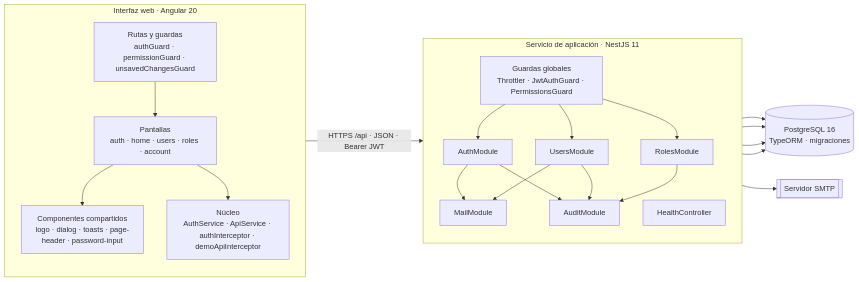
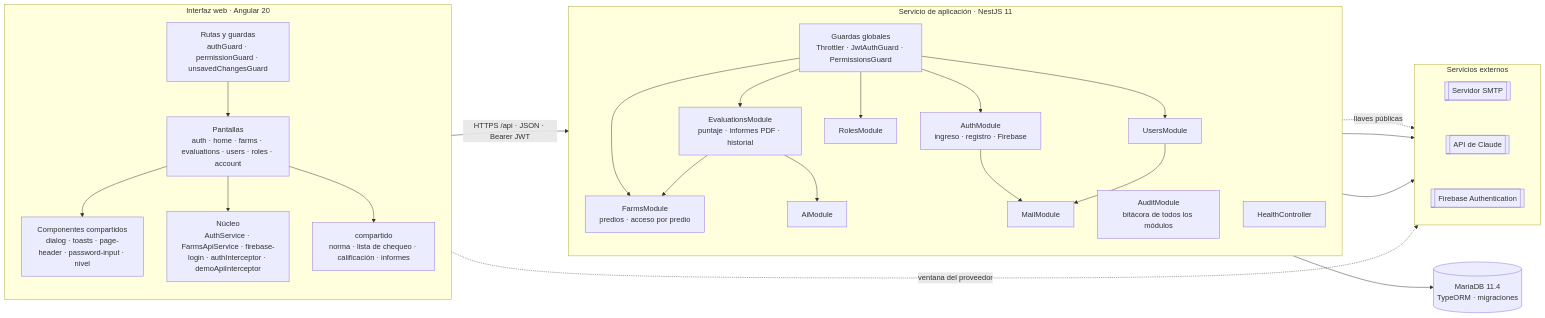
One commit to 98765432100123456/Aplicacion-a-la-inteligencia-artificial- changed the diagram in docs/uml/fuentes/componentes.mmd. Above: the diagram before and after it, drawn with Mermaid. The commit also changed 23 other files, not shown here.

First line of the commit message:
Documentación de MariaDB, predios, evaluaciones y despliegue

```diff
--- a/docs/uml/fuentes/componentes.mmd
+++ b/docs/uml/fuentes/componentes.mmd
@@ -1,31 +1,45 @@
 flowchart LR
     subgraph FE["Interfaz web · Angular 20"]
         direction TB
         RT[Rutas y guardas<br/>authGuard · permissionGuard · unsavedChangesGuard]
-        FT[Pantallas<br/>auth · home · users · roles · account]
-        SH[Componentes compartidos<br/>logo · dialog · toasts · page-header · password-input]
-        CO[Núcleo<br/>AuthService · ApiService · authInterceptor · demoApiInterceptor]
+        FT[Pantallas<br/>auth · home · farms · evaluations · users · roles · account]
+        SH[Componentes compartidos<br/>dialog · toasts · page-header · password-input · nivel]
+        CO[Núcleo<br/>AuthService · FarmsApiService · firebase-login · authInterceptor · demoApiInterceptor]
+        CP[compartido<br/>norma · lista de chequeo · calificación · informes]
         RT --> FT --> SH
         FT --> CO
+        FT --> CP
     end
 
     subgraph BE["Servicio de aplicación · NestJS 11"]
         direction TB
         GU[Guardas globales<br/>Throttler · JwtAuthGuard · PermissionsGuard]
-        AU[AuthModule]
+        AU[AuthModule<br/>ingreso · registro · Firebase]
         US[UsersModule]
         RO[RolesModule]
-        AD[AuditModule]
+        FA[FarmsModule<br/>predios · acceso por predio]
+        EV[EvaluationsModule<br/>puntaje · informes PDF · historial]
+        AI[AiModule]
+        AD[AuditModule<br/>bitácora de todos los módulos]
         MA[MailModule]
         HE[HealthController]
-        GU --> AU & US & RO
+        GU --> AU & US & RO & FA & EV
+        EV --> FA & AI
         AU & US --> MA
-        AU & US & RO --> AD
     end
 
-    DB[(PostgreSQL 16<br/>TypeORM · migraciones)]
-    SMTP[[Servidor SMTP]]
+    DB[(MariaDB 11.4<br/>TypeORM · migraciones)]
+    subgraph EXT["Servicios externos"]
+        direction TB
+        SMTP[[Servidor SMTP]]
+        CLA[[API de Claude]]
+        FB[[Firebase Authentication]]
+        SMTP ~~~ CLA ~~~ FB
+    end
 
     CO -- "HTTPS /api · JSON · Bearer JWT" --> GU
-    AU & US & RO & AD --> DB
+    AU -. "llaves públicas" .-> FB
+    CO -. "ventana del proveedor" .-> FB
+    BE --> DB
     MA --> SMTP
+    AI --> CLA
```
